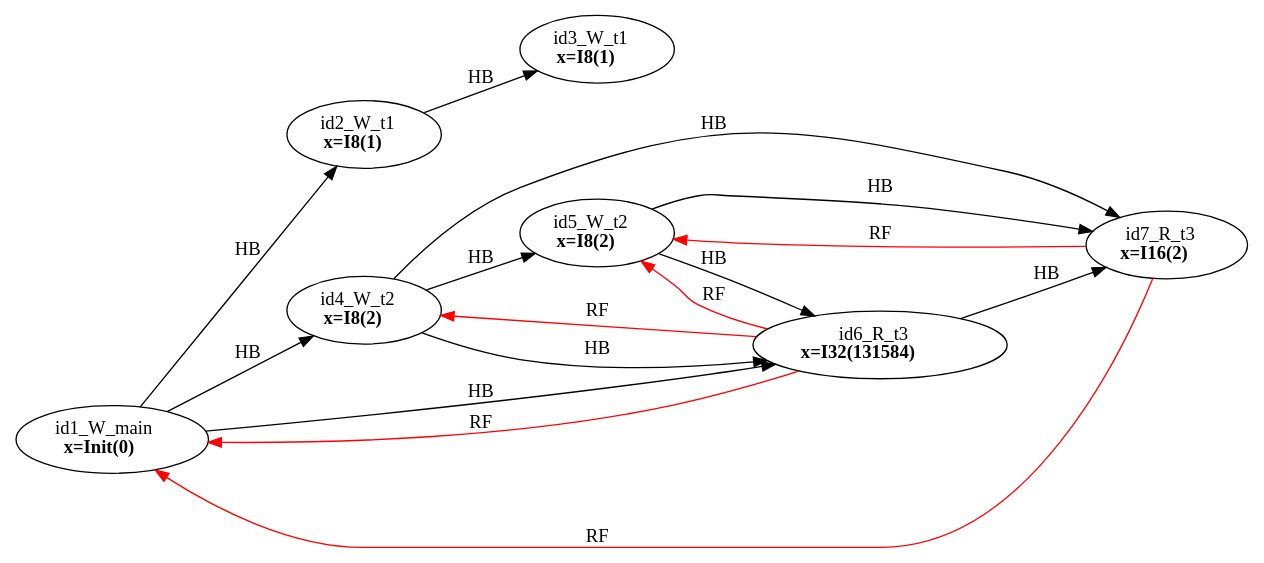
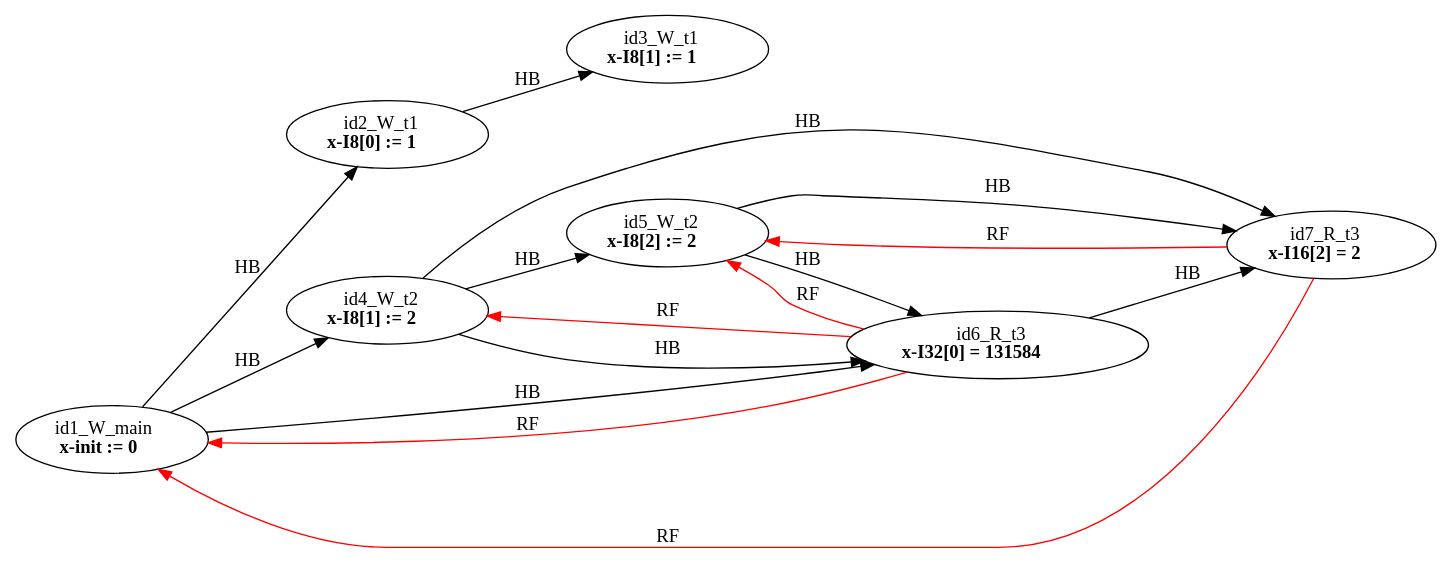
The diagram in examples/single_var/sv_simple15/mm12.dot (FMJS/EMME), drawn with Graphviz before and after one commit. The commit also changed 354 other files, not shown here.

```diff
--- a/examples/single_var/sv_simple15/mm12.dot
+++ b/examples/single_var/sv_simple15/mm12.dot
@@ -1,26 +1,26 @@
 digraph memory_model {
 rankdir=LR;
 splines=true; esep=0.5;
 id2_W_t1 -> id3_W_t1 [label = "HB", color="black"];
 id4_W_t2 -> id5_W_t2 [label = "HB", color="black"];
 id6_R_t3 -> id7_R_t3 [label = "HB", color="black"];
 id1_W_main -> id2_W_t1 [label = "HB", color="black"];
 id1_W_main -> id4_W_t2 [label = "HB", color="black"];
 id1_W_main -> id6_R_t3 [label = "HB", color="black"];
 id4_W_t2 -> id6_R_t3 [label = "HB", color="black"];
 id4_W_t2 -> id7_R_t3 [label = "HB", color="black"];
 id5_W_t2 -> id6_R_t3 [label = "HB", color="black"];
 id5_W_t2 -> id7_R_t3 [label = "HB", color="black"];
 id6_R_t3 -> id1_W_main [label = "RF", color="red"];
 id6_R_t3 -> id4_W_t2 [label = "RF", color="red"];
 id6_R_t3 -> id5_W_t2 [label = "RF", color="red"];
 id7_R_t3 -> id1_W_main [label = "RF", color="red"];
 id7_R_t3 -> id5_W_t2 [label = "RF", color="red"];
-id1_W_main [label=<id1_W_main<br/><B>x=Init(0)</B>>, pos="5.0,4!"]
-id2_W_t1 [label=<id2_W_t1<br/><B>x=I8(1)</B>>, pos="0,2!"]
-id3_W_t1 [label=<id3_W_t1<br/><B>x=I8(1)</B>>, pos="0,0!"]
-id4_W_t2 [label=<id4_W_t2<br/><B>x=I8(2)</B>>, pos="5,2!"]
-id5_W_t2 [label=<id5_W_t2<br/><B>x=I8(2)</B>>, pos="5,0!"]
-id6_R_t3 [label=<id6_R_t3<br/><B>x=I32(131584)</B>>, pos="10,2!"]
-id7_R_t3 [label=<id7_R_t3<br/><B>x=I16(2)</B>>, pos="10,0!"]
+id1_W_main [label=<id1_W_main<br/><B>x-init := 0</B>>, pos="5.0,4!"]
+id2_W_t1 [label=<id2_W_t1<br/><B>x-I8[0] := 1</B>>, pos="0,2!"]
+id3_W_t1 [label=<id3_W_t1<br/><B>x-I8[1] := 1</B>>, pos="0,0!"]
+id4_W_t2 [label=<id4_W_t2<br/><B>x-I8[1] := 2</B>>, pos="5,2!"]
+id5_W_t2 [label=<id5_W_t2<br/><B>x-I8[2] := 2</B>>, pos="5,0!"]
+id6_R_t3 [label=<id6_R_t3<br/><B>x-I32[0] = 131584</B>>, pos="10,2!"]
+id7_R_t3 [label=<id7_R_t3<br/><B>x-I16[2] = 2</B>>, pos="10,0!"]
 }
```
